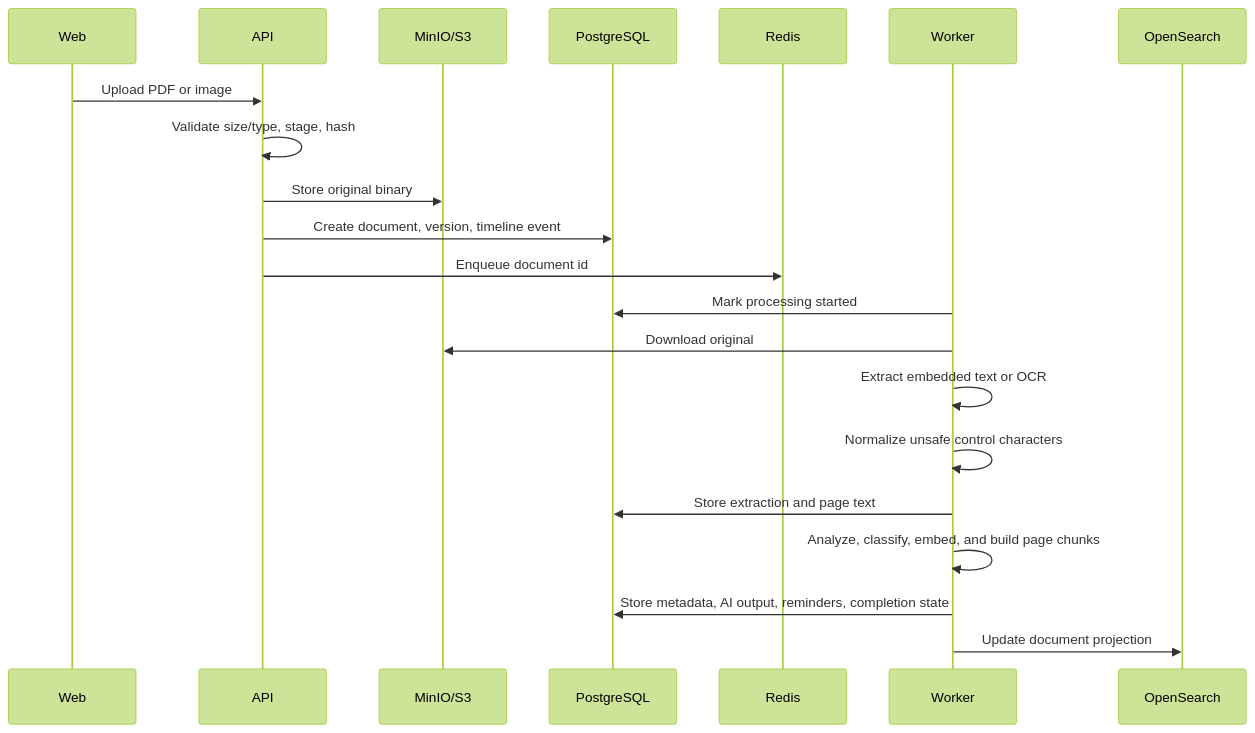
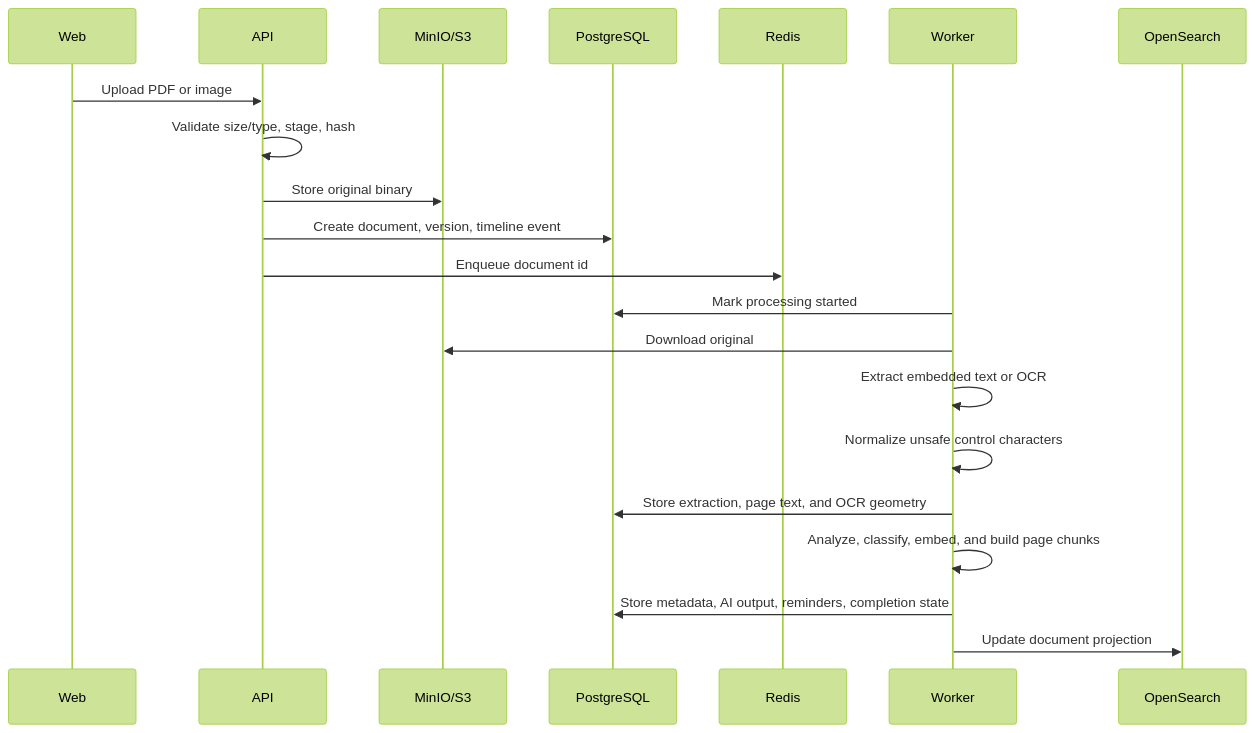
The second of 2 diagrams in docs/architecture.md (harish2k01/papervault), drawn with Mermaid (forest theme) before and after one commit. The commit also changed other lines of this file and 45 other files, not shown here.

First line of the commit message:
feat: Implement schema-driven review and OCR geometry support

````diff
--- a/docs/architecture.md
+++ b/docs/architecture.md
@@ -49,24 +49,24 @@
 ```mermaid
 sequenceDiagram
   participant Web
   participant API
   participant Storage as MinIO/S3
   participant DB as PostgreSQL
   participant Redis
   participant Worker
   participant Search as OpenSearch
 
   Web->>API: Upload PDF or image
   API->>API: Validate size/type, stage, hash
   API->>Storage: Store original binary
   API->>DB: Create document, version, timeline event
   API->>Redis: Enqueue document id
   Worker->>DB: Mark processing started
   Worker->>Storage: Download original
   Worker->>Worker: Extract embedded text or OCR
   Worker->>Worker: Normalize unsafe control characters
-  Worker->>DB: Store extraction and page text
+  Worker->>DB: Store extraction, page text, and OCR geometry
   Worker->>Worker: Analyze, classify, embed, and build page chunks
   Worker->>DB: Store metadata, AI output, reminders, completion state
   Worker->>Search: Update document projection
 ```
````
